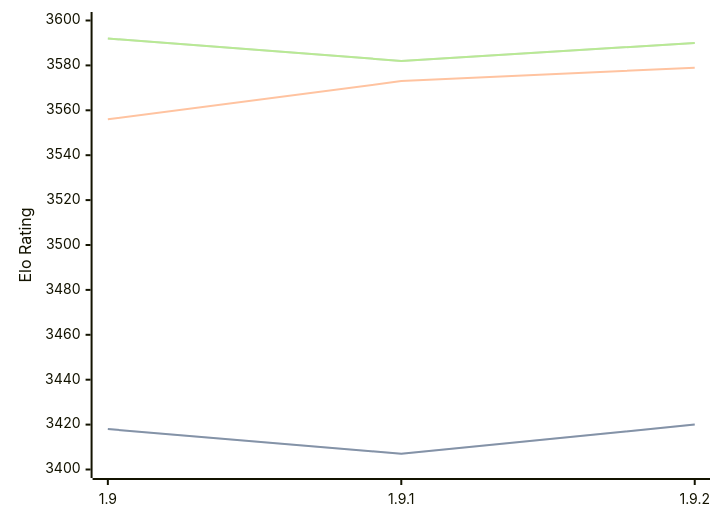
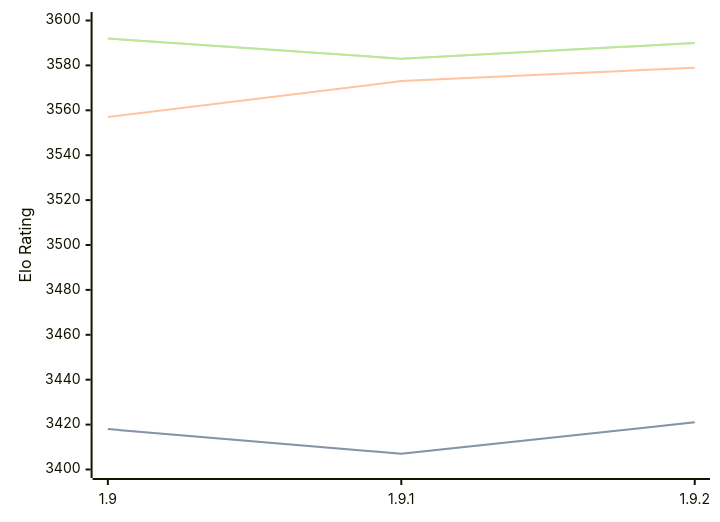
Before and after one commit to computer-chess-index/cci: the diagram in engines/Pawnocchio.md, drawn with Mermaid. The commit also changed other lines of this file, not shown here.

Commit message:
Update CCI Ratings (ELO VLTC) - 2026-02-26

````diff
--- a/engines/Pawnocchio.md
+++ b/engines/Pawnocchio.md
@@ -46,11 +46,11 @@
 ```mermaid
 %%{init: {"theme":"base","themeVariables":{"seriesColors:['#a3a3a3','#222221','#faa371']}}}%%
 xychart-beta
   x-axis ["1.9", "1.9.1", "1.9.2"]
   y-axis "Elo Rating" 3400 --> 3600
-  line "STC (8.0+0.08s)" [3418, 3407, 3420]
-  line "STC (8.0+0.08s)" [3418, 3407, 3420]
-  line "LTC (60.0+0.60s)" [3556, 3573, 3579]
-  line "VLTC (2m24s+1.12s)" [3592, 3582, 3590]
-  line "VLTC (2m24s+1.12s)" [3592, 3582, 3590]
+  line "STC (8.0+0.08s)" [3418, 3407, 3421]
+  line "STC (8.0+0.08s)" [3418, 3407, 3421]
+  line "LTC (60.0+0.60s)" [3557, 3573, 3579]
+  line "VLTC (2m24s+1.12s)" [3592, 3583, 3590]
+  line "VLTC (2m24s+1.12s)" [3592, 3583, 3590]
 ```
````
